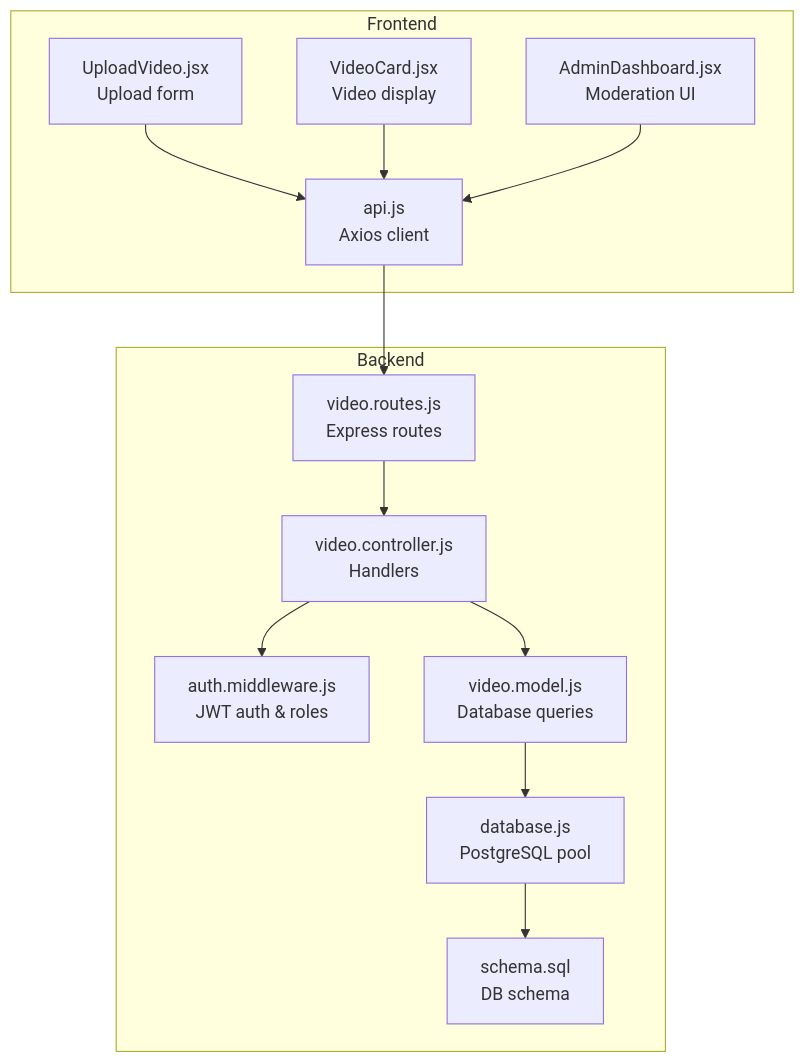
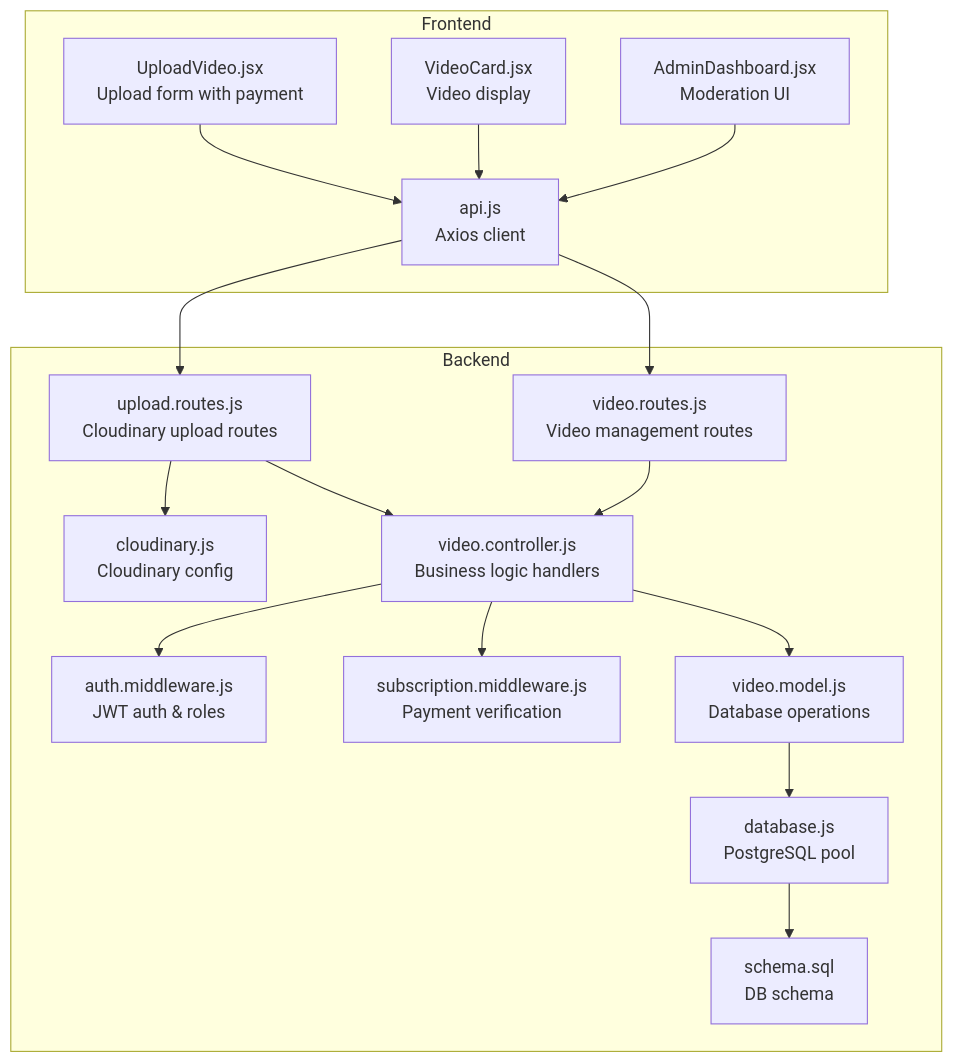
The first of 9 diagrams in .qoder/repowiki/en/content/Backend API Documentation/Video Management.md (Alexandrexicara/craque-vision), drawn with Mermaid before and after one commit. The commit also changed other lines of this file and 10 other files, not shown here.

````diff
--- a/.qoder/repowiki/en/content/Backend API Documentation/Video Management.md
+++ b/.qoder/repowiki/en/content/Backend API Documentation/Video Management.md
@@ -38,26 +51,33 @@
 ```mermaid
 graph TB
 subgraph "Frontend"
 FE_API["api.js<br/>Axios client"]
-FE_UPLOAD["UploadVideo.jsx<br/>Upload form"]
+FE_UPLOAD["UploadVideo.jsx<br/>Upload form with payment"]
 FE_CARD["VideoCard.jsx<br/>Video display"]
 FE_ADMIN["AdminDashboard.jsx<br/>Moderation UI"]
 end
 subgraph "Backend"
-ROUTES["video.routes.js<br/>Express routes"]
-CTRL["video.controller.js<br/>Handlers"]
+UPLOAD_ROUTES["upload.routes.js<br/>Cloudinary upload routes"]
+VIDEO_ROUTES["video.routes.js<br/>Video management routes"]
+CTRL["video.controller.js<br/>Business logic handlers"]
 AUTH["auth.middleware.js<br/>JWT auth & roles"]
-MODEL["video.model.js<br/>Database queries"]
+SUBSCRIPTION["subscription.middleware.js<br/>Payment verification"]
+MODEL["video.model.js<br/>Database operations"]
+CLOUDINARY["cloudinary.js<br/>Cloudinary config"]
 DB["database.js<br/>PostgreSQL pool"]
 SCHEMA["schema.sql<br/>DB schema"]
 end
 FE_UPLOAD --> FE_API
 FE_CARD --> FE_API
 FE_ADMIN --> FE_API
-FE_API --> ROUTES
-ROUTES --> CTRL
+FE_API --> UPLOAD_ROUTES
+FE_API --> VIDEO_ROUTES
+UPLOAD_ROUTES --> CLOUDINARY
+UPLOAD_ROUTES --> CTRL
+VIDEO_ROUTES --> CTRL
 CTRL --> AUTH
+CTRL --> SUBSCRIPTION
 CTRL --> MODEL
 MODEL --> DB
 DB --> SCHEMA
 ```
````
